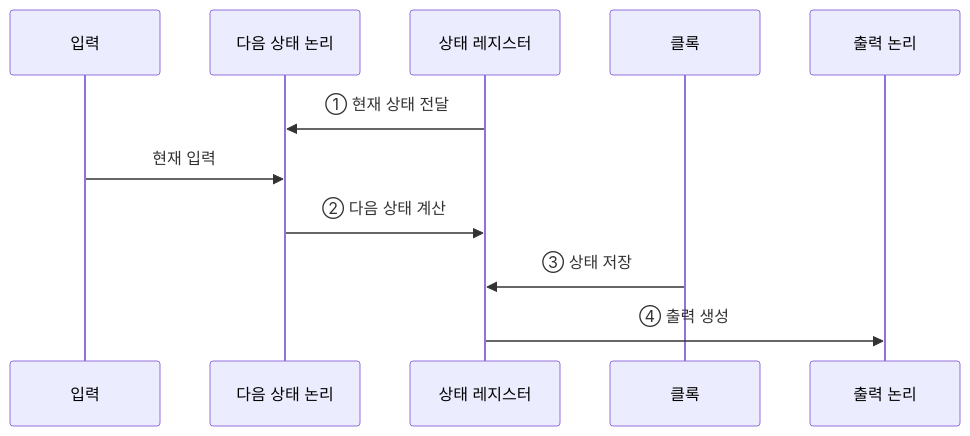
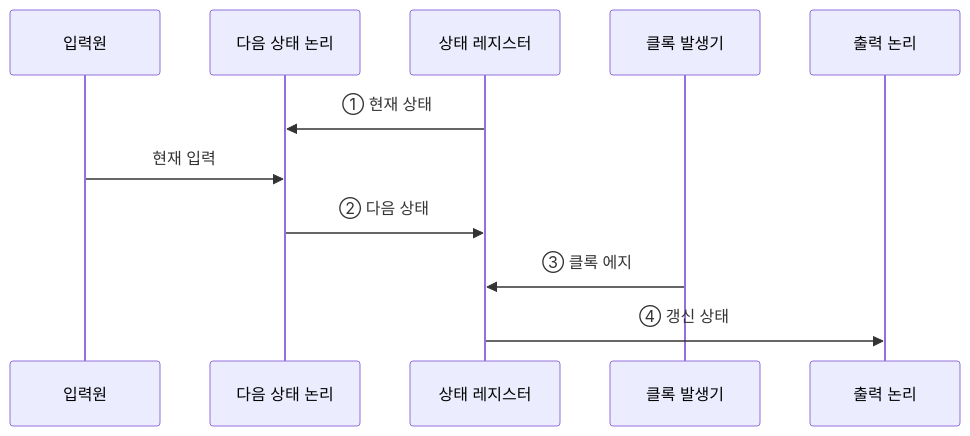
Before and after one commit to agnusdei1207/knowledge-base: the second of 2 diagrams in src/content/docs/notes/01-basic-theory/027_sequential_logic.md, drawn with Mermaid. The commit also changed other lines of this file and 10 other files, not shown here.

````diff
--- a/src/content/docs/notes/01-basic-theory/027_sequential_logic.md
+++ b/src/content/docs/notes/01-basic-theory/027_sequential_logic.md
@@ -89,13 +79,13 @@
 ```mermaid
 sequenceDiagram
-    participant I as 입력
+    participant I as 입력원
     participant N as 다음 상태 논리
     participant R as 상태 레지스터
-    participant C as 클록
+    participant C as 클록 발생기
     participant O as 출력 논리
-    R->>N: ① 현재 상태 전달
+    R->>N: ① 현재 상태
     I->>N: 현재 입력
-    N->>R: ② 다음 상태 계산
-    C->>R: ③ 상태 저장
-    R->>O: ④ 출력 생성
+    N->>R: ② 다음 상태
+    C->>R: ③ 클록 에지
+    R->>O: ④ 갱신 상태
 ```
````
